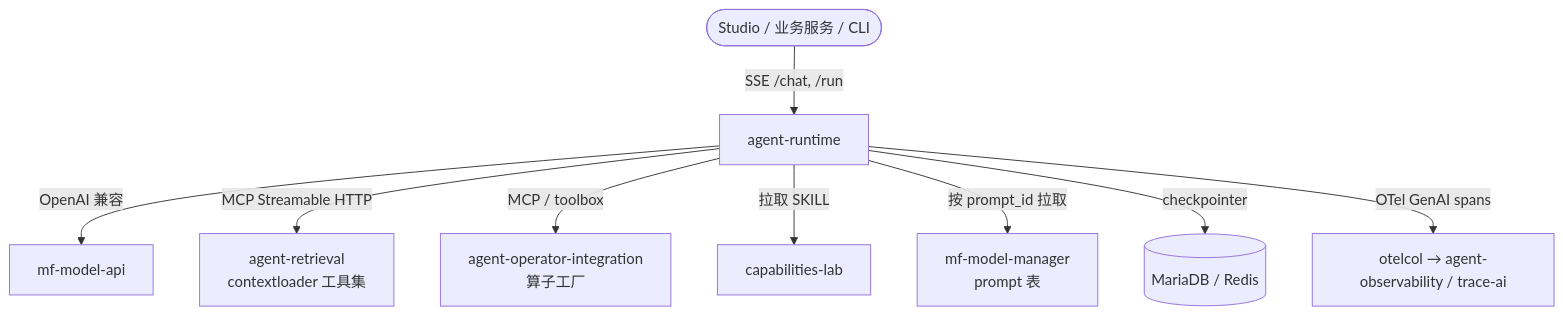
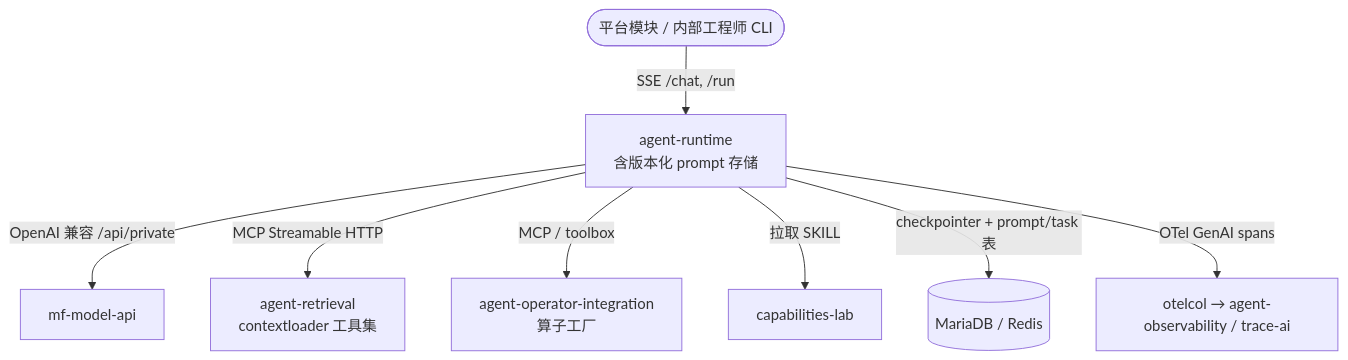
Before and after one commit to openbkn-ai/bkn-foundry: the diagram in docs/design/agent-runtime/features/202-agent-runtime.md, drawn with Mermaid. The commit also changed other lines of this file, not shown here.

First line of the commit message:
docs(agent-runtime): own versioned prompt store instead of reusing mf-model-manager tables

````diff
--- a/docs/design/agent-runtime/features/202-agent-runtime.md
+++ b/docs/design/agent-runtime/features/202-agent-runtime.md
@@ -33,11 +33,10 @@
 ```mermaid
 graph TB
-    Caller([Studio / 业务服务 / CLI]) -->|SSE /chat, /run| RT[agent-runtime]
-    RT -->|OpenAI 兼容| MF[mf-model-api]
+    Caller([平台模块 / 内部工程师 CLI]) -->|SSE /chat, /run| RT[agent-runtime<br/>含版本化 prompt 存储]
+    RT -->|OpenAI 兼容 /api/private| MF[mf-model-api]
     RT -->|MCP Streamable HTTP| AR[agent-retrieval<br/>contextloader 工具集]
     RT -->|MCP / toolbox| OI[agent-operator-integration<br/>算子工厂]
     RT -->|拉取 SKILL| CL[capabilities-lab]
-    RT -->|按 prompt_id 拉取| MFM[mf-model-manager<br/>prompt 表]
-    RT -->|checkpointer| DB[(MariaDB / Redis)]
+    RT -->|checkpointer + prompt/task 表| DB[(MariaDB / Redis)]
     RT -->|OTel GenAI spans| OTEL[otelcol → agent-observability / trace-ai]
 ```
````
